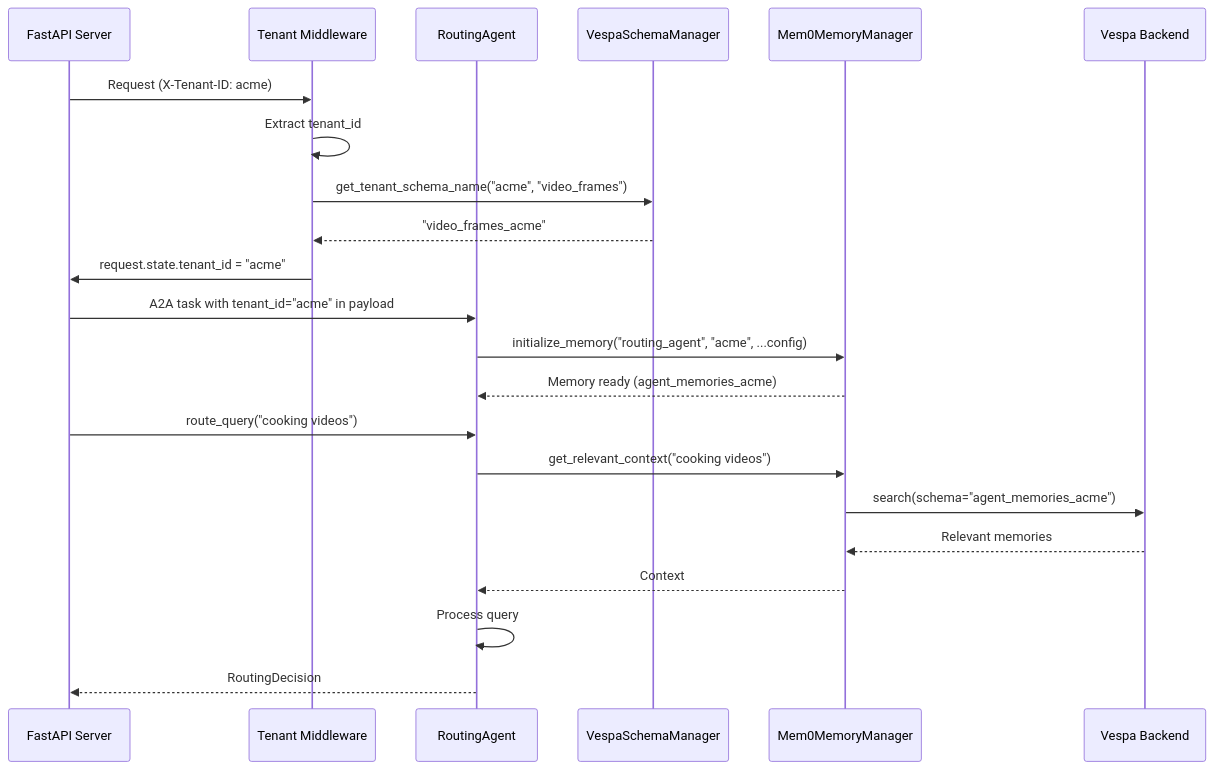
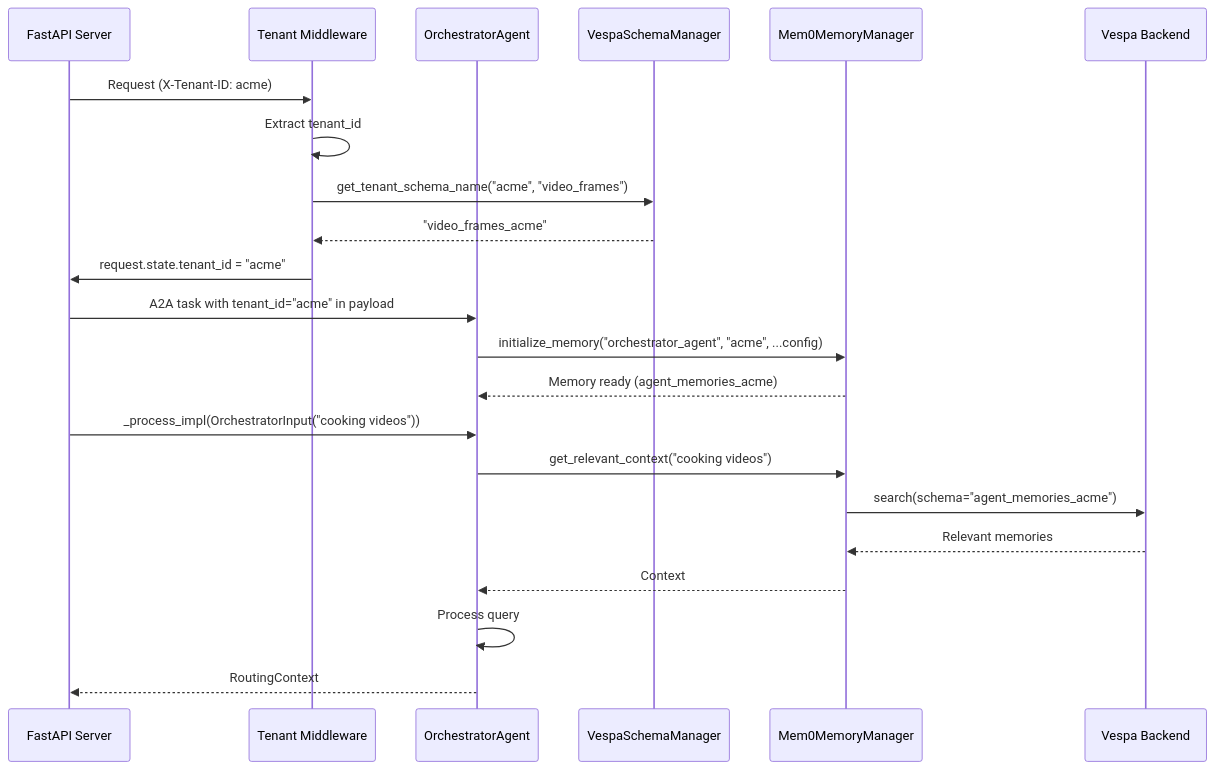
Diagram 13 of 19 in docs/modules/agents.md (amit-jain/cogniverse), drawn with Mermaid before and after one commit. The commit also changed other lines of this file and 75 other files, not shown here.

First line of the commit message:
Remove RoutingAgent and replace with OrchestratorAgent dispatch

````diff
--- a/docs/modules/agents.md
+++ b/docs/modules/agents.md
@@ -3008,27 +2803,27 @@
 ```mermaid
 sequenceDiagram
     participant API as FastAPI Server
     participant Middleware as Tenant Middleware
-    participant Agent as RoutingAgent
+    participant Agent as OrchestratorAgent
     participant SchemaManager as VespaSchemaManager
     participant Memory as Mem0MemoryManager
     participant Vespa as Vespa Backend
 
     API->>Middleware: Request (X-Tenant-ID: acme)
     Middleware->>Middleware: Extract tenant_id
     Middleware->>SchemaManager: get_tenant_schema_name("acme", "video_frames")
     SchemaManager-->>Middleware: "video_frames_acme"
     Middleware->>API: request.state.tenant_id = "acme"
 
     API->>Agent: A2A task with tenant_id="acme" in payload
-    Agent->>Memory: initialize_memory("routing_agent", "acme", ...config)
+    Agent->>Memory: initialize_memory("orchestrator_agent", "acme", ...config)
     Memory-->>Agent: Memory ready (agent_memories_acme)
 
-    API->>Agent: route_query("cooking videos")
+    API->>Agent: _process_impl(OrchestratorInput("cooking videos"))
     Agent->>Memory: get_relevant_context("cooking videos")
     Memory->>Vespa: search(schema="agent_memories_acme")
     Vespa-->>Memory: Relevant memories
     Memory-->>Agent: Context
     Agent->>Agent: Process query
-    Agent-->>API: RoutingDecision
+    Agent-->>API: RoutingContext
 ```
````
